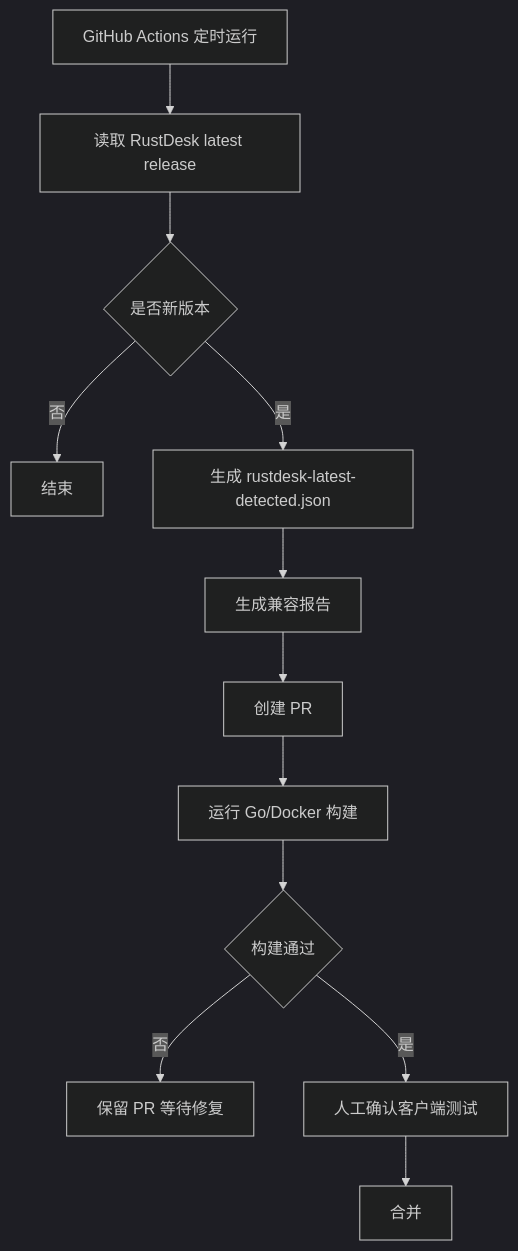
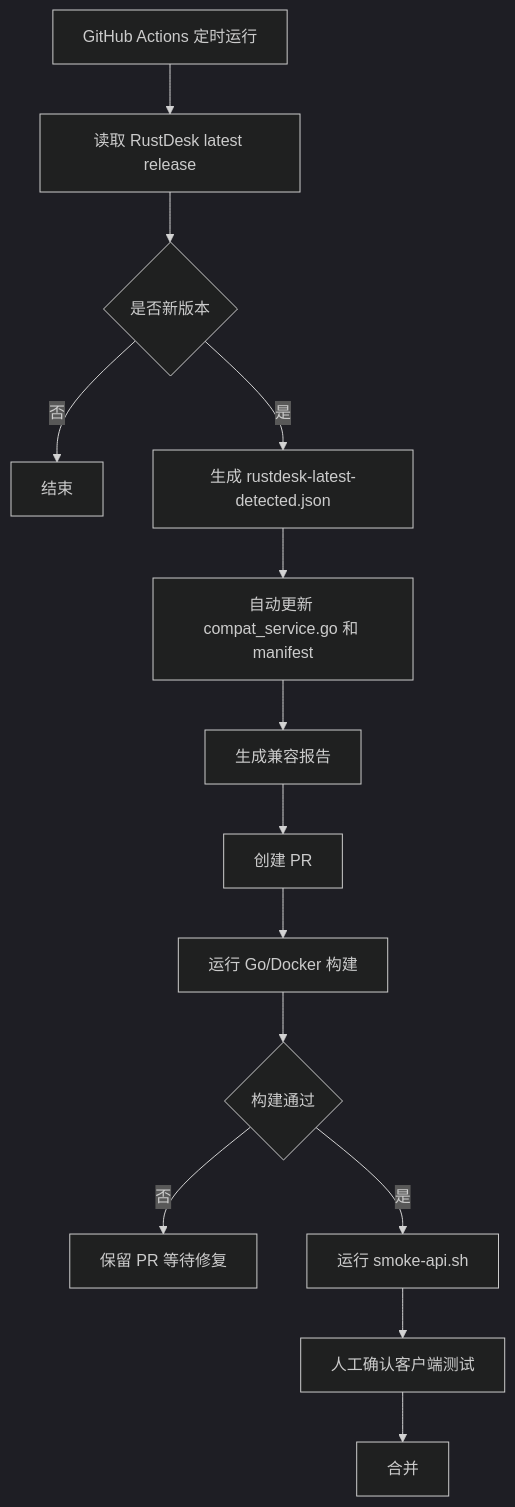
One commit to liyan-lucky/rustdesk-api-server-pro changed the diagram in docs/AUTO_COMPAT_UPDATE_DESIGN.md. Above: the diagram before and after it, drawn with Mermaid (dark theme). The commit also changed other lines of this file, not shown here.

````diff
--- a/docs/AUTO_COMPAT_UPDATE_DESIGN.md
+++ b/docs/AUTO_COMPAT_UPDATE_DESIGN.md
@@ -102,14 +119,16 @@
 ```mermaid
 flowchart TD
   A[GitHub Actions 定时运行] --> B[读取 RustDesk latest release]
   B --> C{是否新版本}
   C -->|否| D[结束]
   C -->|是| E[生成 rustdesk-latest-detected.json]
-  E --> F[生成兼容报告]
-  F --> G[创建 PR]
-  G --> H[运行 Go/Docker 构建]
-  H --> I{构建通过}
-  I -->|否| J[保留 PR 等待修复]
-  I -->|是| K[人工确认客户端测试]
-  K --> L[合并]
+  E --> F[自动更新 compat_service.go 和 manifest]
+  F --> G[生成兼容报告]
+  G --> H[创建 PR]
+  H --> I[运行 Go/Docker 构建]
+  I --> J{构建通过}
+  J -->|否| K[保留 PR 等待修复]
+  J -->|是| L[运行 smoke-api.sh]
+  L --> M[人工确认客户端测试]
+  M --> N[合并]
 ```
````
